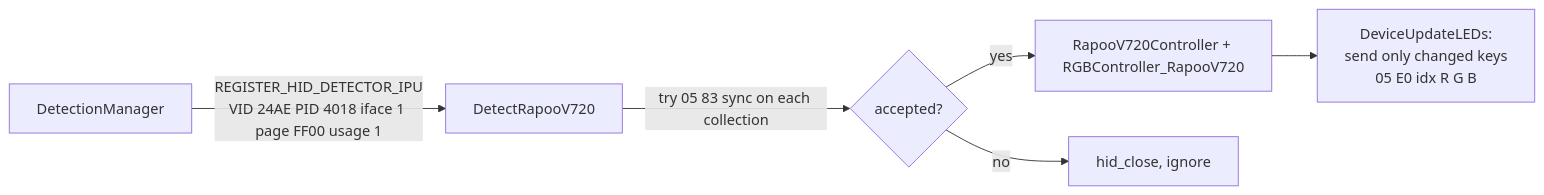
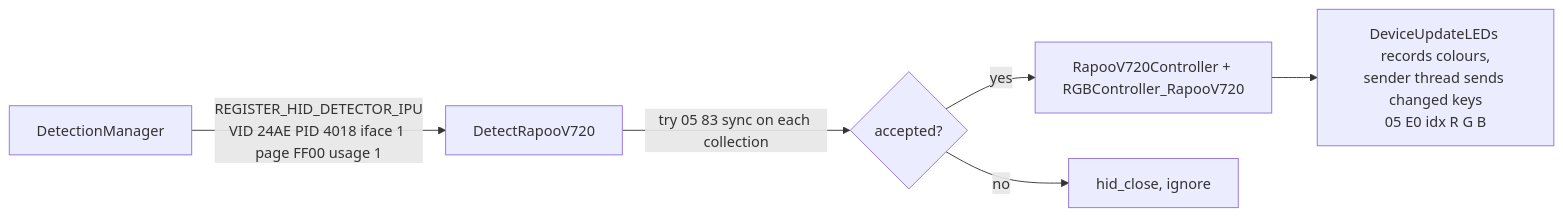
The sixth of 6 diagrams in docs/BYK816 Direct Mode Research Docs.md (bh0drolok/BYK816-Chip-Direct-Mode-Rgb), drawn with Mermaid before and after one commit. The commit also changed other lines of this file and 46 other files, not shown here.

````diff
--- a/docs/BYK816 Direct Mode Research Docs.md
+++ b/docs/BYK816 Direct Mode Research Docs.md
@@ -676,8 +722,8 @@
 ```mermaid
 flowchart LR
     DM[DetectionManager] -- "REGISTER_HID_DETECTOR_IPU<br/>VID 24AE PID 4018 iface 1 page FF00 usage 1" --> DET[DetectRapooV720]
     DET -- "try 05 83 sync on each collection" --> OK{accepted?}
     OK -- yes --> CTRL[RapooV720Controller + RGBController_RapooV720]
     OK -- no --> CLOSE[hid_close, ignore]
-    CTRL --> UPD[DeviceUpdateLEDs:<br/>send only changed keys<br/>05 E0 idx R G B]
+    CTRL --> UPD[DeviceUpdateLEDs records colours,<br/>sender thread sends changed keys<br/>05 E0 idx R G B]
 ```
````
